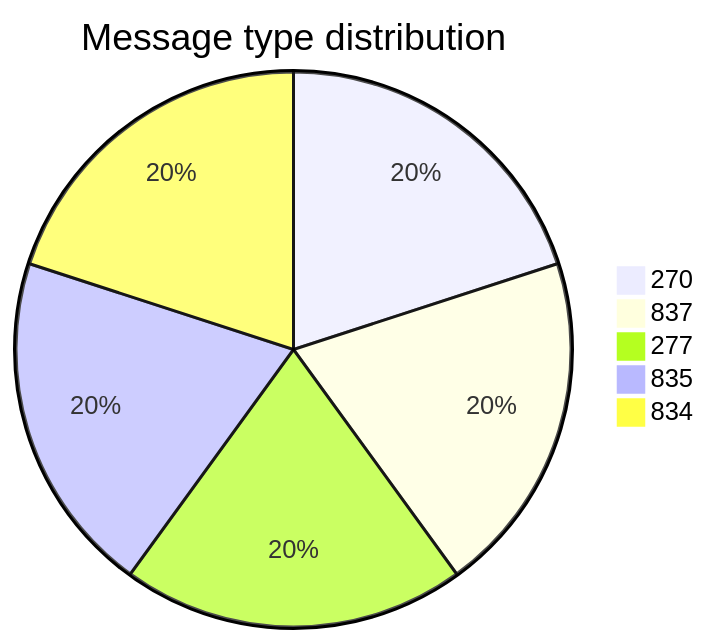
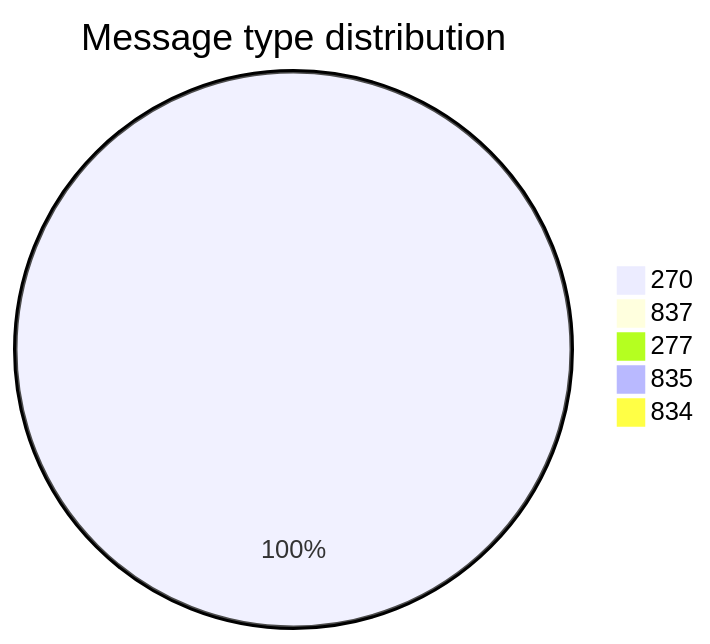
One commit to dhagan-va/intern-2025 changed the first of 10 diagrams in test-tools/DataGen/src/Statistics_Visualizer.md. Above: the diagram before and after it, drawn with Mermaid. The commit also changed other lines of this file and 3 other files, not shown here.

````diff
--- a/test-tools/DataGen/src/Statistics_Visualizer.md
+++ b/test-tools/DataGen/src/Statistics_Visualizer.md
@@ -18,8 +18,8 @@
 ```mermaid
 pie title Message type distribution
-    "270" : 10000
-    "837" : 10000
-    "277" : 10000
-    "835" : 10000
-    "834" : 10000
+    "270" : 500
+    "837" : 0
+    "277" : 0
+    "835" : 0
+    "834" : 0
 ```
````
